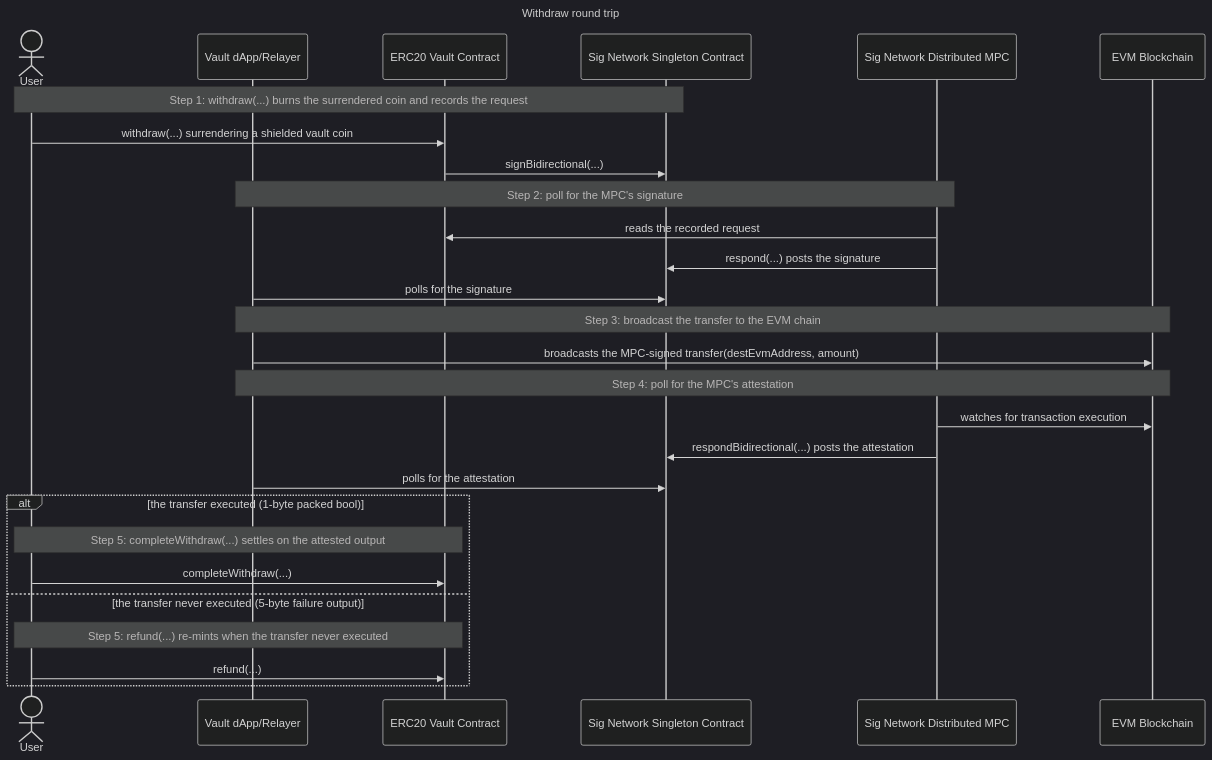
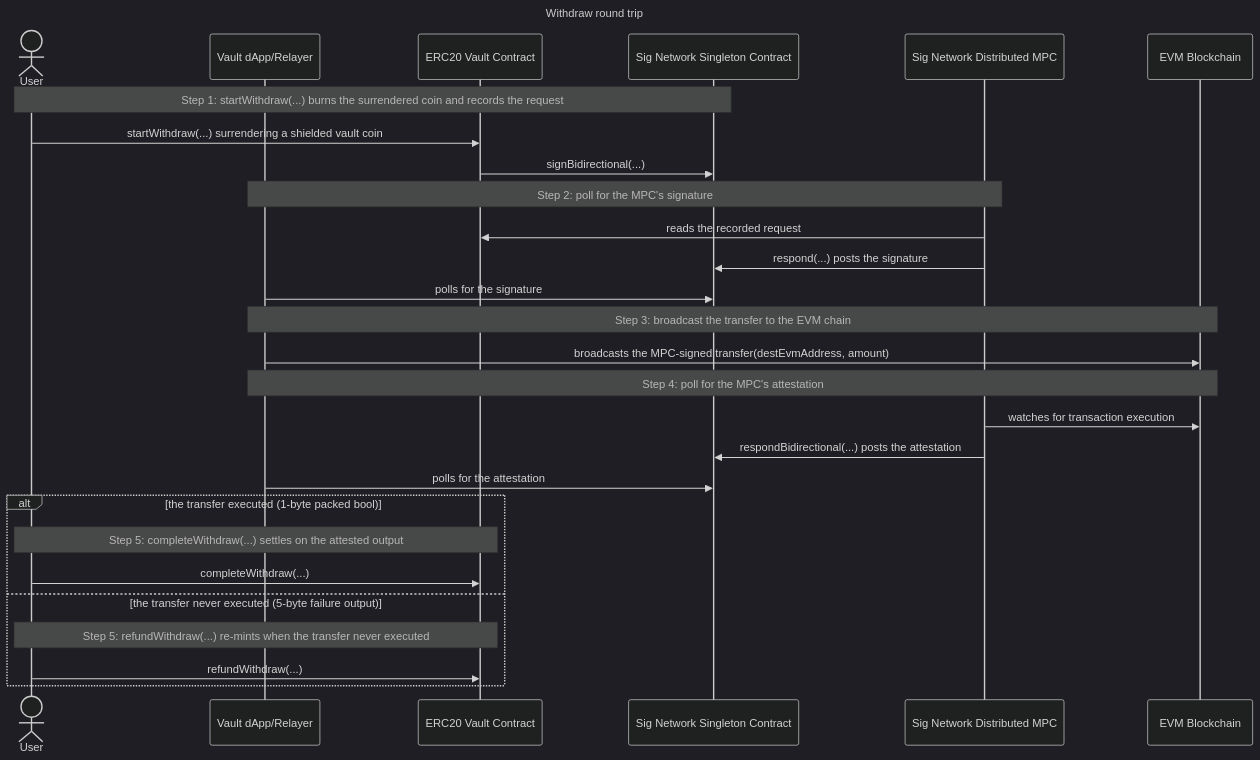
One commit to sig-net/midnight-examples changed the diagram in examples/erc20-vault/docs/withdraw/withdraw.md. Above: the diagram before and after it, drawn with Mermaid (dark theme). The commit also changed other lines of this file and 5 other files, not shown here.

````diff
--- a/examples/erc20-vault/docs/withdraw/withdraw.md
+++ b/examples/erc20-vault/docs/withdraw/withdraw.md
@@ -209,31 +208,31 @@
 ```mermaid
 sequenceDiagram
     title Withdraw round trip
     actor User
     participant DApp as Vault dApp/Relayer
     participant Vault as ERC20 Vault Contract
     participant Singleton as Sig Network Singleton Contract
     participant MPC as Sig Network Distributed MPC
     participant EVM as EVM Blockchain
 
-    Note over User,Singleton: Step 1: withdraw(...) burns the surrendered coin and records the request
-    User->>Vault: withdraw(...) surrendering a shielded vault coin
+    Note over User,Singleton: Step 1: startWithdraw(...) burns the surrendered coin and records the request
+    User->>Vault: startWithdraw(...) surrendering a shielded vault coin
     Vault->>Singleton: signBidirectional(...)
     Note over DApp,MPC: Step 2: poll for the MPC's signature
     MPC->>Vault: reads the recorded request
     MPC->>Singleton: respond(...) posts the signature
     DApp->>Singleton: polls for the signature
     Note over DApp,EVM: Step 3: broadcast the transfer to the EVM chain
     DApp->>EVM: broadcasts the MPC-signed transfer(destEvmAddress, amount)
     Note over DApp,EVM: Step 4: poll for the MPC's attestation
     MPC->>EVM: watches for transaction execution
     MPC->>Singleton: respondBidirectional(...) posts the attestation
     DApp->>Singleton: polls for the attestation
     alt the transfer executed (1-byte packed bool)
         Note over User,Vault: Step 5: completeWithdraw(...) settles on the attested output
         User->>Vault: completeWithdraw(...)
     else the transfer never executed (5-byte failure output)
-        Note over User,Vault: Step 5: refund(...) re-mints when the transfer never executed
-        User->>Vault: refund(...)
+        Note over User,Vault: Step 5: refundWithdraw(...) re-mints when the transfer never executed
+        User->>Vault: refundWithdraw(...)
     end
 ```
````
